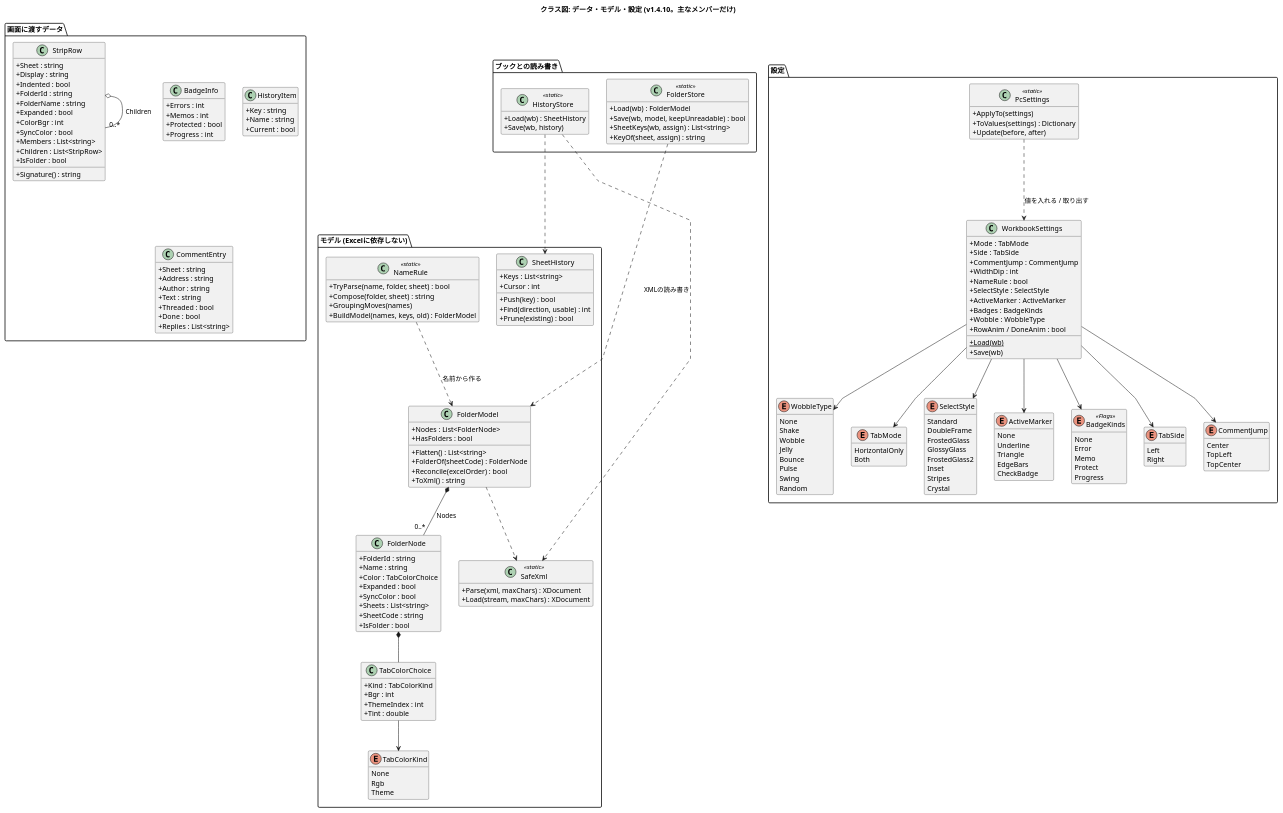
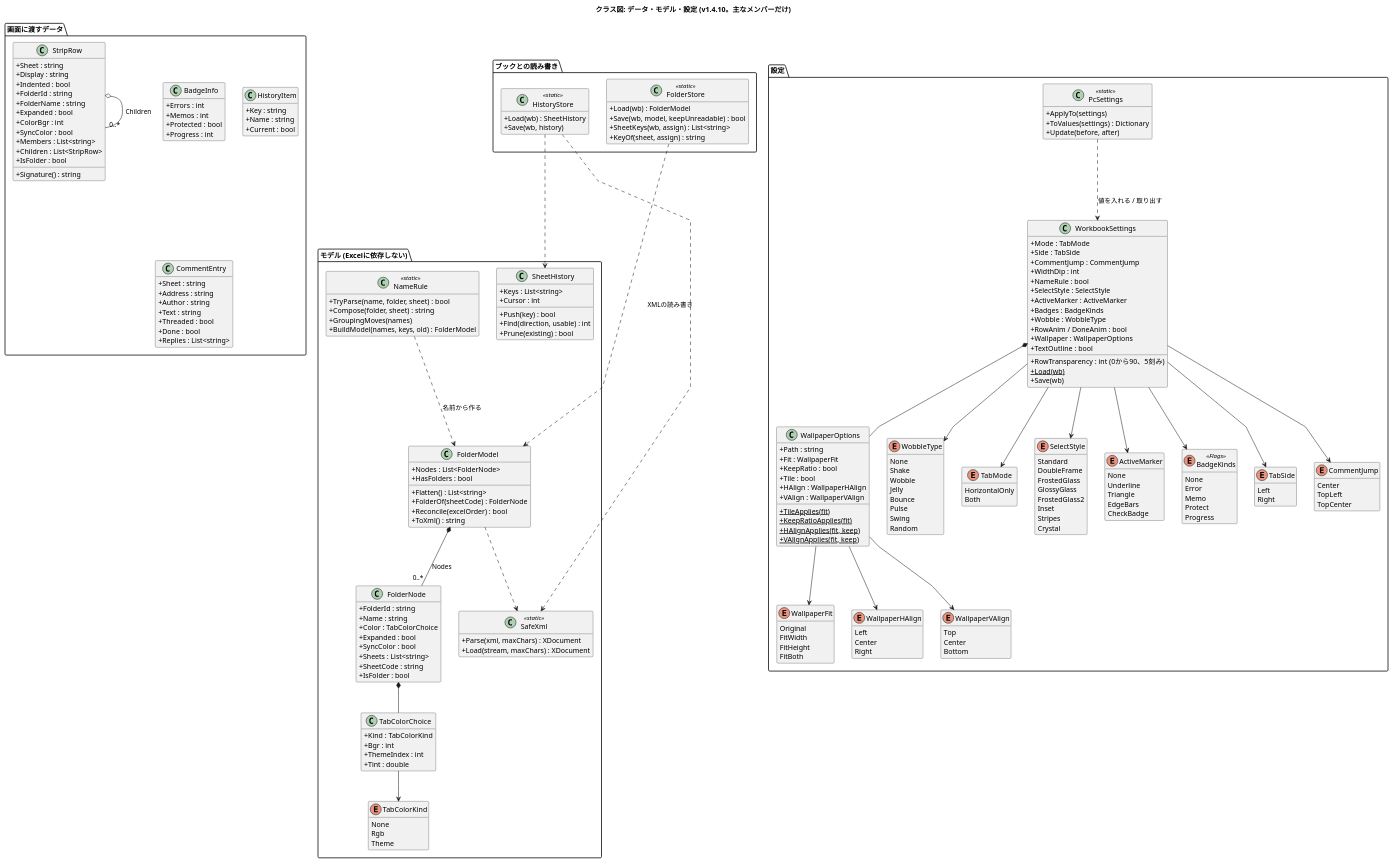
One commit to nk-taka623/VerticalSheetTabs changed the diagram in docs/class-data.puml. Above: the diagram before and after it, drawn with PlantUML. The commit also changed 13 other files, not shown here.

Commit message:
壁紙の機能を、Agents.md、README、DEVELOPMENT.md、設計図に反映する

```diff
--- a/docs/class-data.puml
+++ b/docs/class-data.puml
@@ -79,6 +79,9 @@
     +Badges : BadgeKinds
     +Wobble : WobbleType
     +RowAnim / DoneAnim : bool
+    +Wallpaper : WallpaperOptions
+    +RowTransparency : int (0から90、5刻み)
+    +TextOutline : bool
     +Load(wb) {static}
     +Save(wb)
   }
@@ -123,6 +126,34 @@
     Center
     TopLeft
     TopCenter
+  }
+  class WallpaperOptions {
+    +Path : string
+    +Fit : WallpaperFit
+    +KeepRatio : bool
+    +Tile : bool
+    +HAlign : WallpaperHAlign
+    +VAlign : WallpaperVAlign
+    +TileApplies(fit) {static}
+    +KeepRatioApplies(fit) {static}
+    +HAlignApplies(fit, keep) {static}
+    +VAlignApplies(fit, keep) {static}
+  }
+  enum WallpaperFit {
+    Original
+    FitWidth
+    FitHeight
+    FitBoth
+  }
+  enum WallpaperHAlign {
+    Left
+    Center
+    Right
+  }
+  enum WallpaperVAlign {
+    Top
+    Center
+    Bottom
   }
   enum WobbleType {
     None
@@ -191,5 +222,9 @@
 WorkbookSettings --> ActiveMarker
 WorkbookSettings --> BadgeKinds
 WorkbookSettings --> WobbleType
+WorkbookSettings *-- WallpaperOptions
+WallpaperOptions --> WallpaperFit
+WallpaperOptions --> WallpaperHAlign
+WallpaperOptions --> WallpaperVAlign
 PcSettings ..> WorkbookSettings : 値を入れる / 取り出す
 @enduml
```
